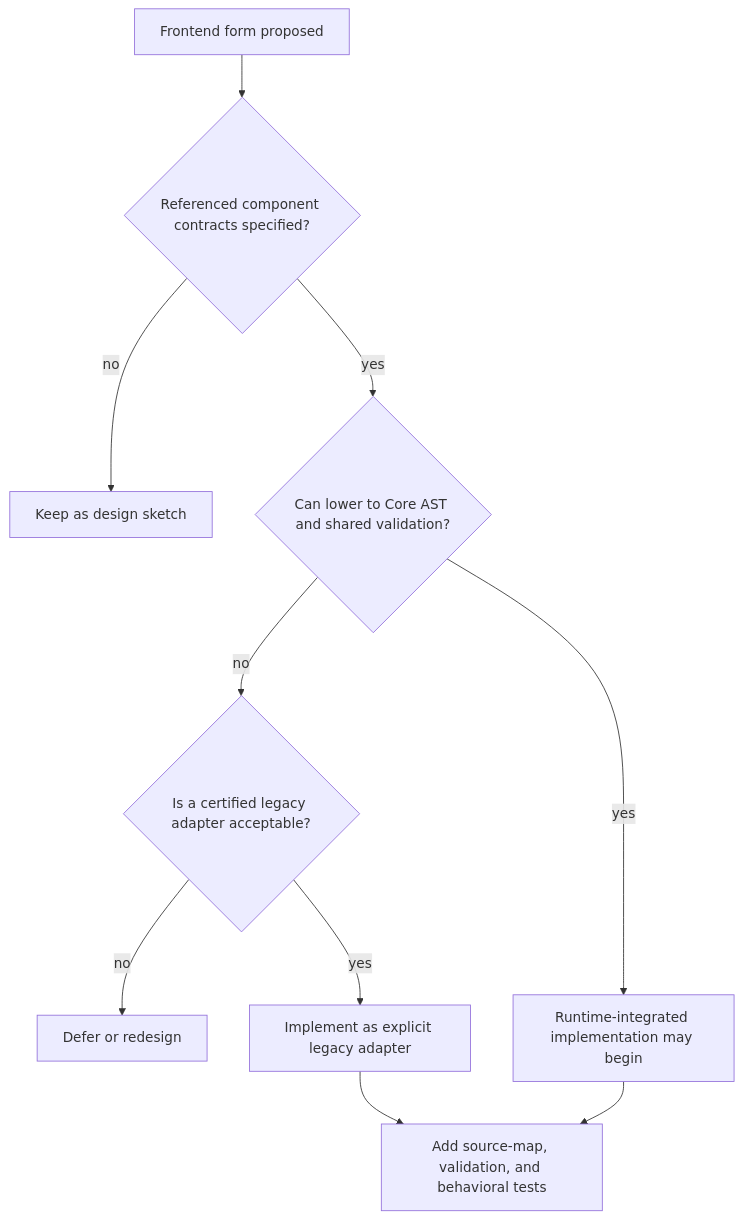
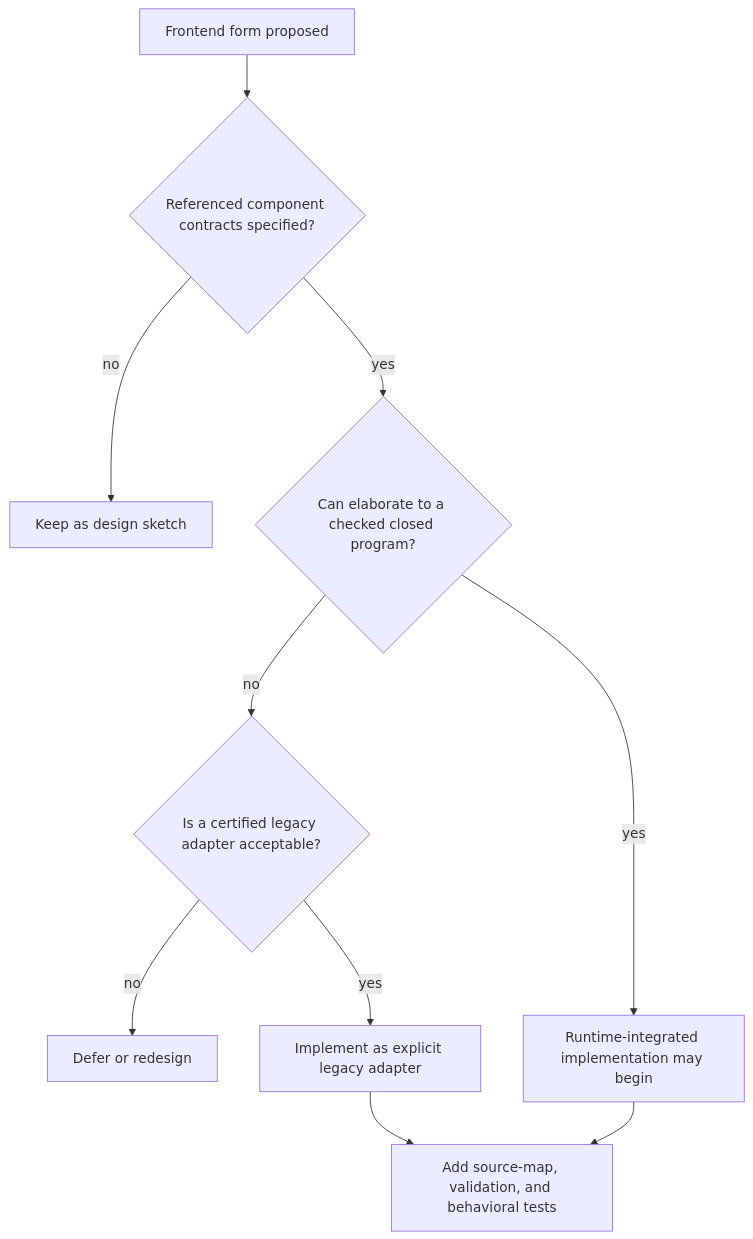
The third of 8 diagrams in docs/design/workflow_lisp_frontend_specification.md (hoidn/agent-orchestration), drawn with Mermaid before and after one commit. The commit also changed other lines of this file and 229 other files, not shown here.

````diff
--- a/docs/design/workflow_lisp_frontend_specification.md
+++ b/docs/design/workflow_lisp_frontend_specification.md
@@ -454,13 +456,13 @@
 ```mermaid
 flowchart TD
     Start["Frontend form proposed"] --> Contracted{"Referenced component contracts specified?"}
     Contracted -- no --> Sketch["Keep as design sketch"]
-    Contracted -- yes --> Lowerable{"Can lower to Core AST and shared validation?"}
+    Contracted -- yes --> Lowerable{"Can elaborate to a checked closed program?"}
     Lowerable -- no --> Adapter{"Is a certified legacy adapter acceptable?"}
     Adapter -- no --> Defer["Defer or redesign"]
     Adapter -- yes --> Legacy["Implement as explicit legacy adapter"]
     Lowerable -- yes --> RuntimeReady["Runtime-integrated implementation may begin"]
 
     RuntimeReady --> Tests["Add source-map, validation, and behavioral tests"]
     Legacy --> Tests
 ```
````
